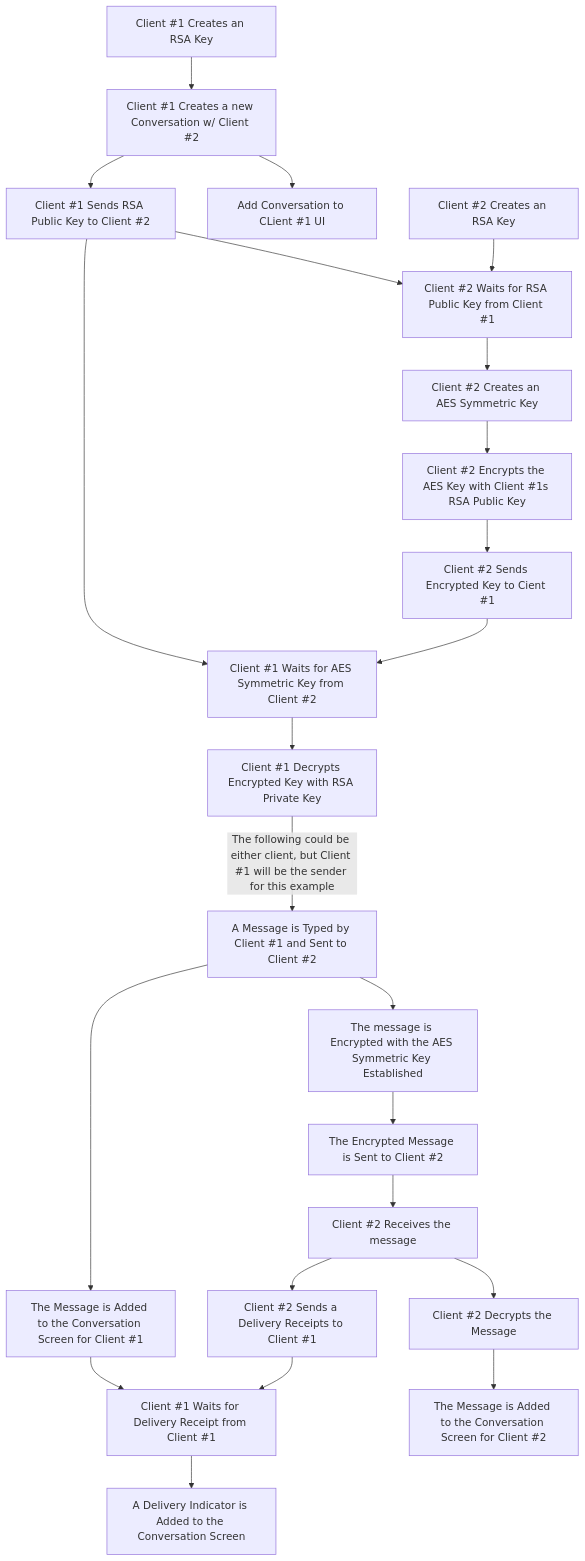
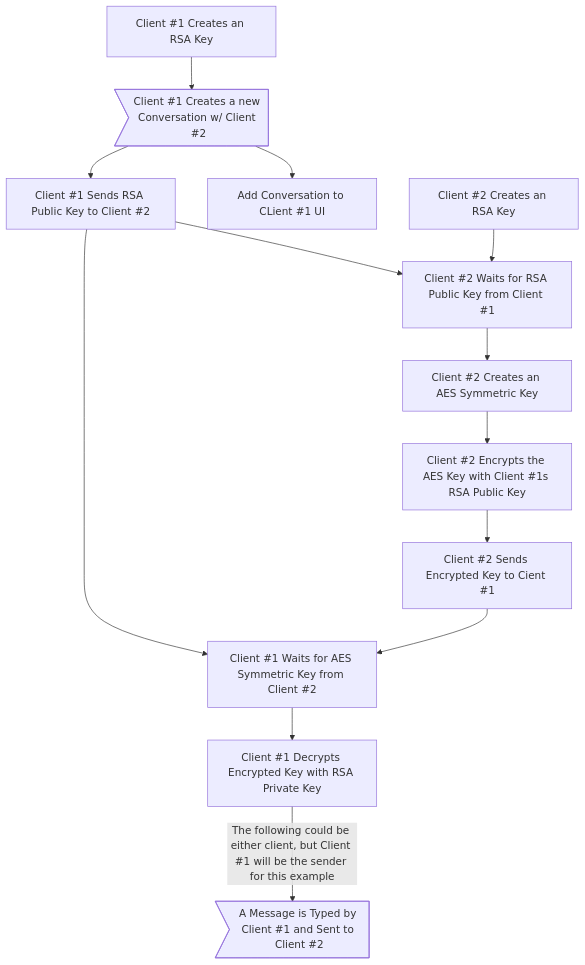
One commit to xXCrash2BomberXx/TinyChat changed the diagram in README.md. Above: the diagram before and after it, drawn with Mermaid.

````diff
--- a/README.md
+++ b/README.md
@@ -72,25 +72,16 @@
 ```mermaid
-graph TD;
-  A[Client #1 Creates an RSA Key] --> B[Client #1 Creates a new Conversation w/ Client #2];
+graph TB;
+  A[Client #1 Creates an RSA Key] --> B>Client #1 Creates a new Conversation w/ Client #2];
   B --> D[Add Conversation to CLient #1 UI];
   B --> E[Client #1 Sends RSA Public Key to Client #2];
   E --> G[Client #2 Waits for RSA Public Key from Client #1];
   F[Client #2 Creates an RSA Key] --> G;
   G --> H[Client #2 Creates an AES Symmetric Key];
   H -->I[Client #2 Encrypts the AES Key with Client #1s RSA Public Key];
   I -->J[Client #2 Sends Encrypted Key to Cient #1];
   J --> K[Client #1 Waits for AES Symmetric Key from Client #2];
   E --> K;
   K --> L[Client #1 Decrypts Encrypted Key with RSA Private Key];
-  L --> |The following could be either client, but Client #1 will be the sender for this example| M[A Message is Typed by Client #1 and Sent to Client #2];
-  M --> N[The message is Encrypted with the AES Symmetric Key Established];
-  N --> O[The Encrypted Message is Sent to Client #2];
-  M --> Q[The Message is Added to the Conversation Screen for Client #1];
-  Q --> R[Client #1 Waits for Delivery Receipt from Client #1];
-  R --> V[A Delivery Indicator is Added to the Conversation Screen];
-  O --> P[Client #2 Receives the message];
-  P --> S[Client #2 Decrypts the Message];
-  S --> T[The Message is Added to the Conversation Screen for Client #2];
-  P --> U[Client #2 Sends a Delivery Receipts to Client #1];
-  U --> R;
+  L --> |The following could be either client, but Client #1 will be the sender for this example| M>A Message is Typed by Client #1 and Sent to Client #2];
+  
 ```
````
